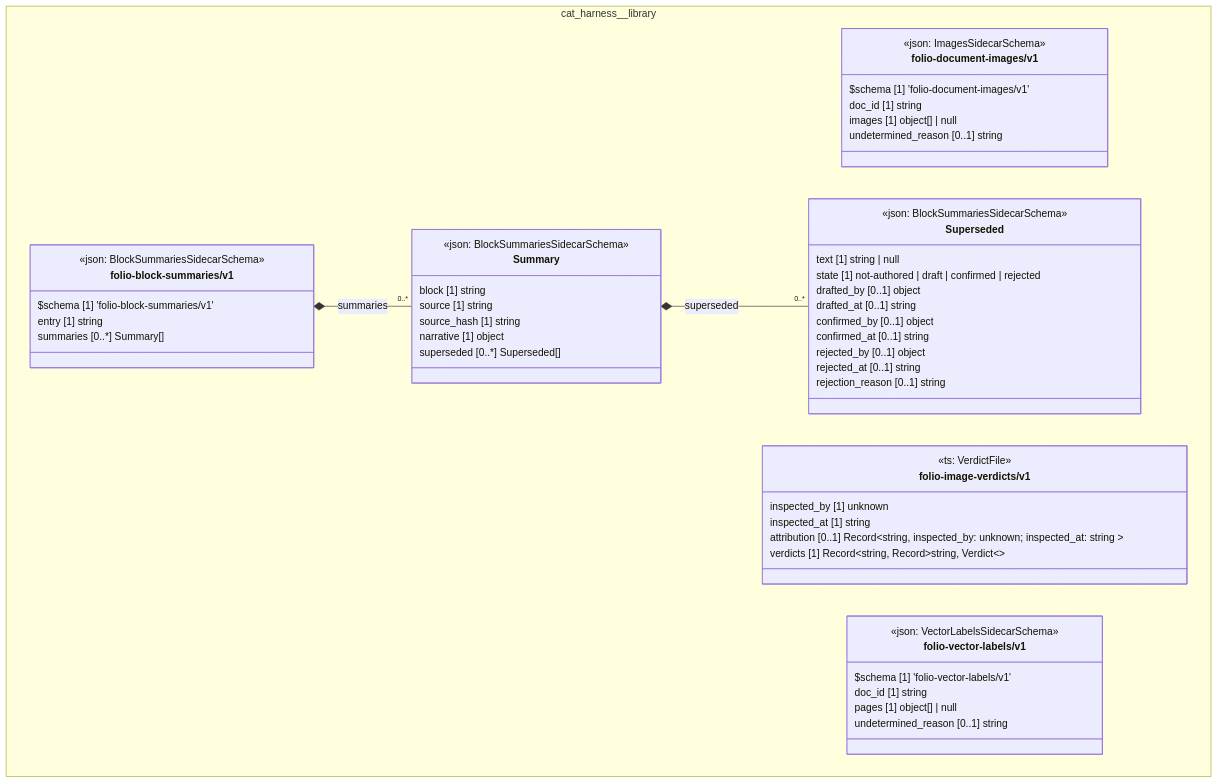
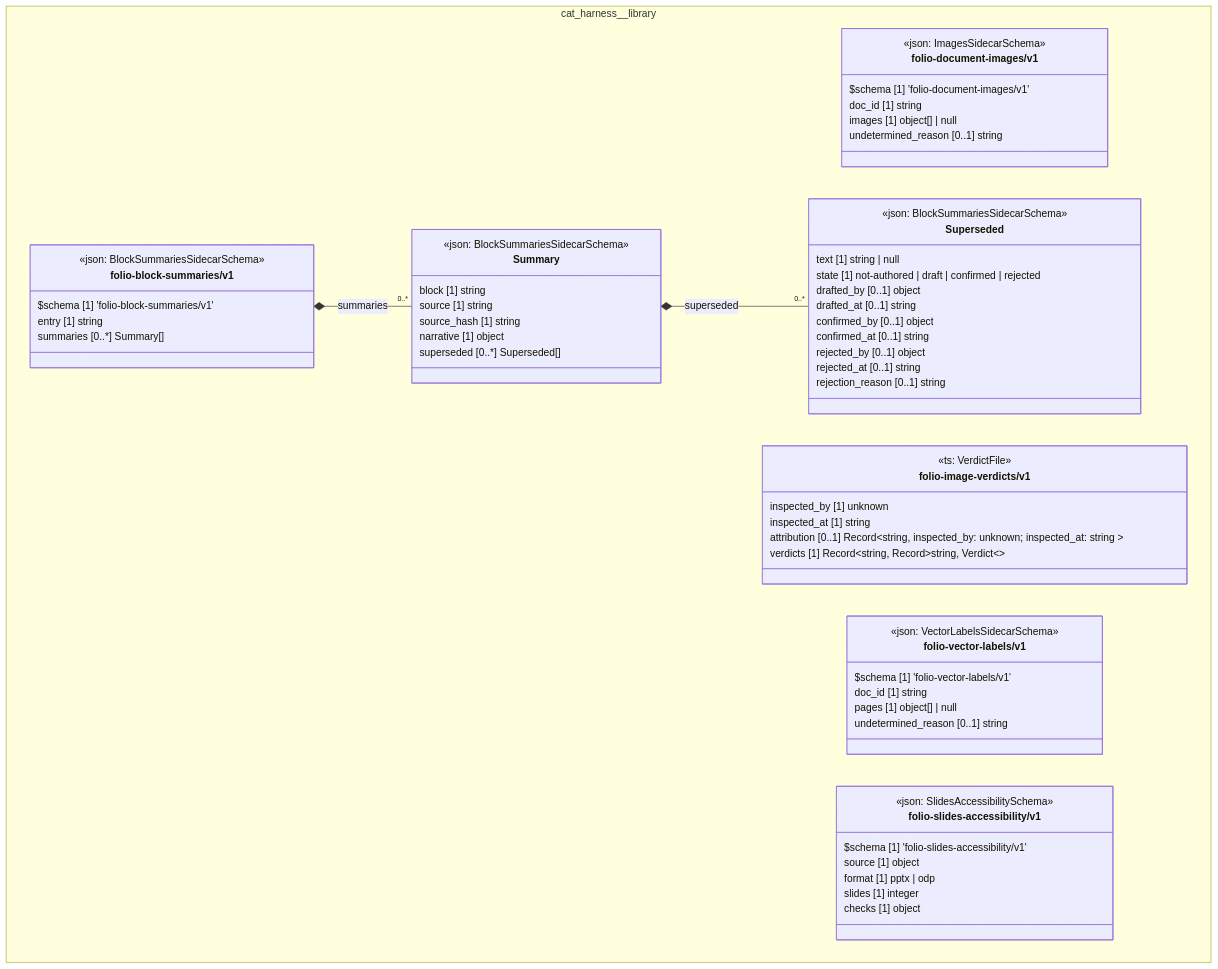
The diagram in cat-harness/uml/overview/cat-harness/library.mmd (litlfred/folio-assistant), drawn with Mermaid before and after one commit. The commit also changed 174 other files, not shown here.

```diff
--- a/cat-harness/uml/overview/cat-harness/library.mmd
+++ b/cat-harness/uml/overview/cat-harness/library.mmd
@@ -1,59 +1,68 @@
 classDiagram
   direction TB
   namespace cat_harness__library {
     class cat_harness_library_folio_document_images_v1_folio_document_images_v1["folio-document-images/v1"] {
       <<json: ImagesSidecarSchema>>
       $schema [1] 'folio-document-images/v1'
       doc_id [1] string
       images [1] object[] | null
       undetermined_reason [0..1] string
     }
     class cat_harness_library_folio_image_verdicts_v1["folio-image-verdicts/v1"] {
       <<ts: VerdictFile>>
       inspected_by [1] unknown
       inspected_at [1] string
       attribution [0..1] Record~string,  inspected_by: unknown; inspected_at: string ~
       verdicts [1] Record~string, Record~string, Verdict~~
     }
     class cat_harness_library_folio_vector_labels_v1_folio_vector_labels_v1["folio-vector-labels/v1"] {
       <<json: VectorLabelsSidecarSchema>>
       $schema [1] 'folio-vector-labels/v1'
       doc_id [1] string
       pages [1] object[] | null
       undetermined_reason [0..1] string
     }
     class cat_harness_library_folio_block_summaries_v1_Superseded["Superseded"] {
       <<json: BlockSummariesSidecarSchema>>
       text [1] string | null
       state [1] not-authored | draft | confirmed | rejected
       drafted_by [0..1] object
       drafted_at [0..1] string
       confirmed_by [0..1] object
       confirmed_at [0..1] string
       rejected_by [0..1] object
       rejected_at [0..1] string
       rejection_reason [0..1] string
     }
     class cat_harness_library_folio_block_summaries_v1_Summary["Summary"] {
       <<json: BlockSummariesSidecarSchema>>
       block [1] string
       source [1] string
       source_hash [1] string
       narrative [1] object
       superseded [0..*] Superseded[]
     }
     class cat_harness_library_folio_block_summaries_v1_folio_block_summaries_v1["folio-block-summaries/v1"] {
       <<json: BlockSummariesSidecarSchema>>
       $schema [1] 'folio-block-summaries/v1'
       entry [1] string
       summaries [0..*] Summary[]
     }
+    class cat_harness_library_folio_slides_accessibility_v1_folio_slides_accessibility_v1["folio-slides-accessibility/v1"] {
+      <<json: SlidesAccessibilitySchema>>
+      $schema [1] 'folio-slides-accessibility/v1'
+      source [1] object
+      format [1] pptx | odp
+      slides [1] integer
+      checks [1] object
+    }
   }
   cat_harness_library_folio_block_summaries_v1_Summary *-- "0..*" cat_harness_library_folio_block_summaries_v1_Superseded : superseded
   cat_harness_library_folio_block_summaries_v1_folio_block_summaries_v1 *-- "0..*" cat_harness_library_folio_block_summaries_v1_Summary : summaries
   cssClass "cat_harness_library_folio_document_images_v1_folio_document_images_v1" fa_uml_kind_library
   cssClass "cat_harness_library_folio_image_verdicts_v1" fa_uml_kind_library
   cssClass "cat_harness_library_folio_vector_labels_v1_folio_vector_labels_v1" fa_uml_kind_library
   cssClass "cat_harness_library_folio_block_summaries_v1_Superseded" fa_uml_kind_library
   cssClass "cat_harness_library_folio_block_summaries_v1_Summary" fa_uml_kind_library
   cssClass "cat_harness_library_folio_block_summaries_v1_folio_block_summaries_v1" fa_uml_kind_library
+  cssClass "cat_harness_library_folio_slides_accessibility_v1_folio_slides_accessibility_v1" fa_uml_kind_library
```
